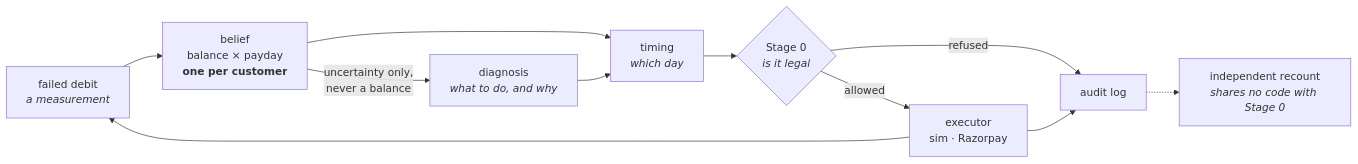
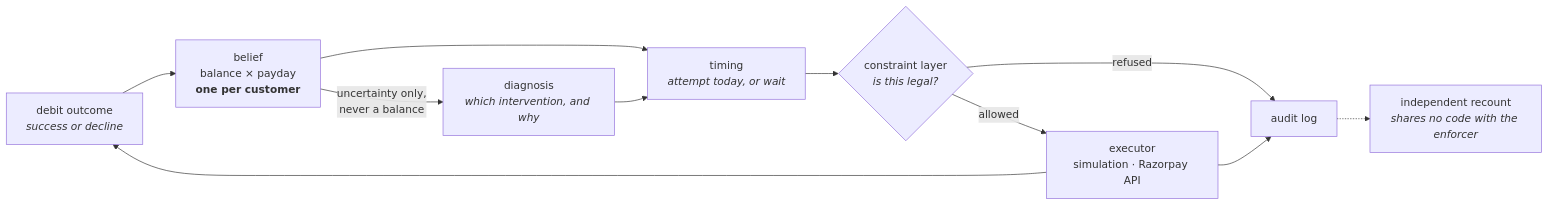
The diagram in README.md (tanmayBeginsJourney/mandate-retry-sequencer), drawn with Mermaid before and after one commit. The commit also changed other lines of this file and 1 other file, not shown here.

````diff
--- a/README.md
+++ b/README.md
@@ -60,13 +124,13 @@
 ```mermaid
 flowchart LR
-  W["failed debit<br/><i>a measurement</i>"] --> B["belief<br/>balance × payday<br/><b>one per customer</b>"]
-  B --> T["timing<br/><i>which day</i>"]
-  B -- "uncertainty only,<br/>never a balance" --> L["diagnosis<br/><i>what to do, and why</i>"]
-  L --> T
-  T --> S{"Stage 0<br/><i>is it legal</i>"}
+  O["debit outcome<br/><i>success or decline</i>"] --> B["belief<br/>balance × payday<br/><b>one per customer</b>"]
+  B --> T["timing<br/><i>attempt today, or wait</i>"]
+  B -- "uncertainty only,<br/>never a balance" --> D["diagnosis<br/><i>which intervention, and why</i>"]
+  D --> T
+  T --> S{"constraint layer<br/><i>is this legal?</i>"}
   S -- refused --> A["audit log"]
-  S -- allowed --> X["executor<br/>sim · Razorpay"]
+  S -- allowed --> X["executor<br/>simulation · Razorpay API"]
   X --> A
-  X --> W
-  A -.-> R["independent recount<br/><i>shares no code with Stage 0</i>"]
+  X --> O
+  A -.-> R["independent recount<br/><i>shares no code with the enforcer</i>"]
 ```
````
